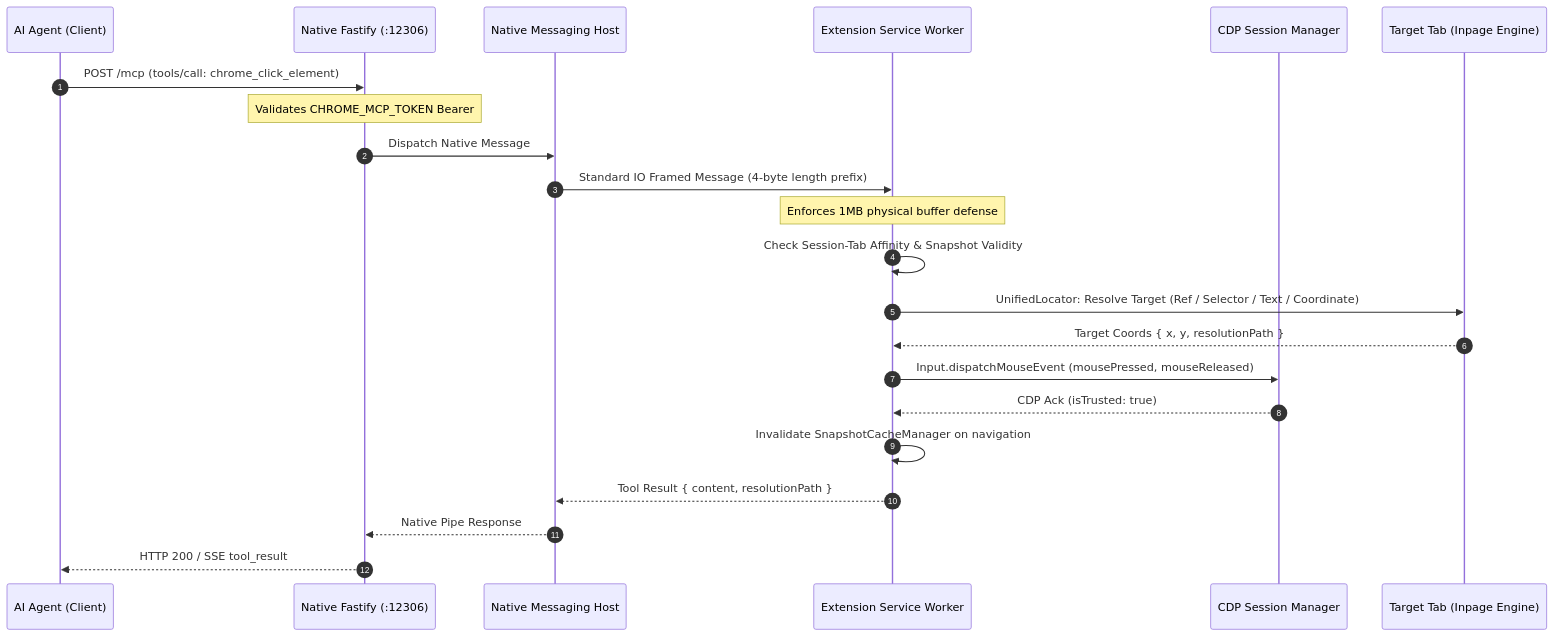
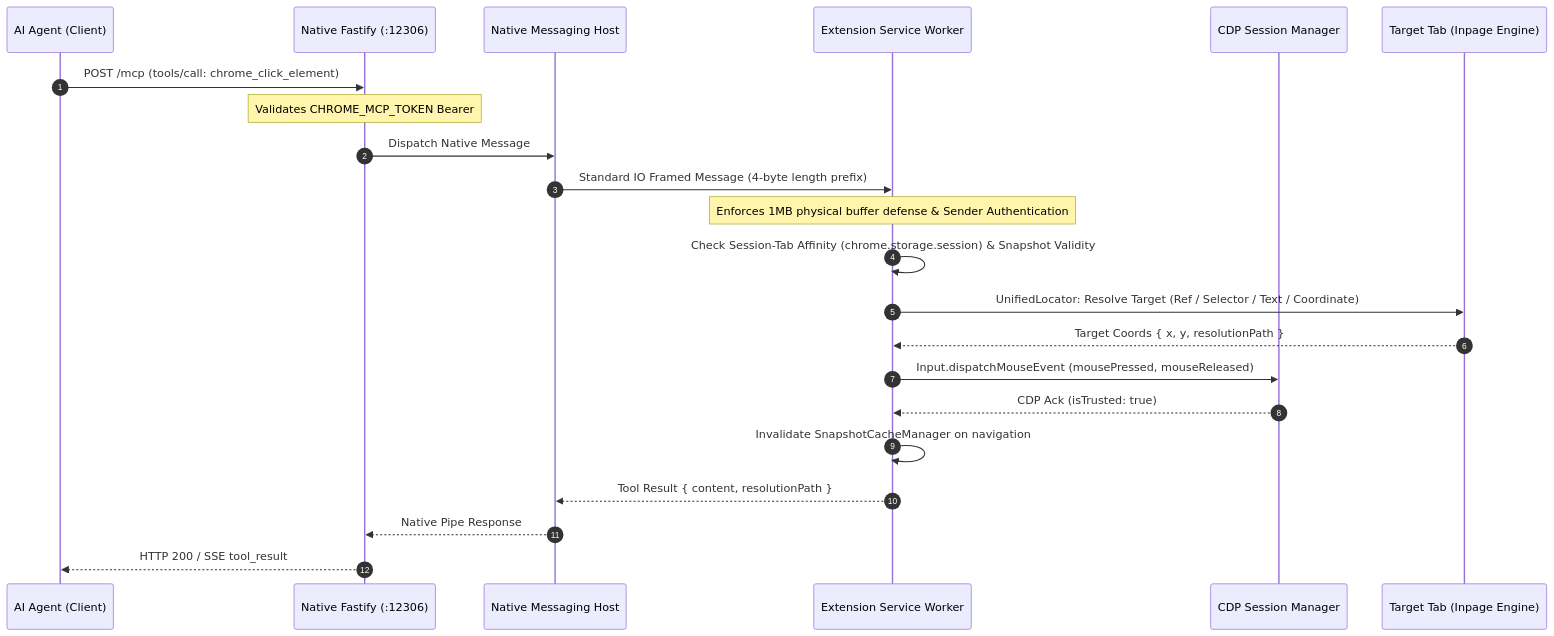
Before and after one commit to GoldenLoaf24h/browserclaw: the third of 4 diagrams in docs/ARCHITECTURE.md, drawn with Mermaid. The commit also changed other lines of this file and 43 other files, not shown here.

````diff
--- a/docs/ARCHITECTURE.md
+++ b/docs/ARCHITECTURE.md
@@ -101,25 +101,25 @@
 ```mermaid
 sequenceDiagram
     autonumber
     participant Agent as AI Agent (Client)
     participant Fastify as Native Fastify (:12306)
     participant Host as Native Messaging Host
     participant SW as Extension Service Worker
     participant CDP as CDP Session Manager
     participant InPage as Target Tab (Inpage Engine)
 
     Agent->>Fastify: POST /mcp (tools/call: chrome_click_element)
     Note over Fastify: Validates CHROME_MCP_TOKEN Bearer
     Fastify->>Host: Dispatch Native Message
     Host->>SW: Standard IO Framed Message (4-byte length prefix)
-    Note over SW: Enforces 1MB physical buffer defense
-    SW->>SW: Check Session-Tab Affinity & Snapshot Validity
+    Note over SW: Enforces 1MB physical buffer defense & Sender Authentication
+    SW->>SW: Check Session-Tab Affinity (chrome.storage.session) & Snapshot Validity
     SW->>InPage: UnifiedLocator: Resolve Target (Ref / Selector / Text / Coordinate)
     InPage-->>SW: Target Coords { x, y, resolutionPath }
     SW->>CDP: Input.dispatchMouseEvent (mousePressed, mouseReleased)
     CDP-->>SW: CDP Ack (isTrusted: true)
     SW->>SW: Invalidate SnapshotCacheManager on navigation
     SW-->>Host: Tool Result { content, resolutionPath }
     Host-->>Fastify: Native Pipe Response
     Fastify-->>Agent: HTTP 200 / SSE tool_result
 ```
````
